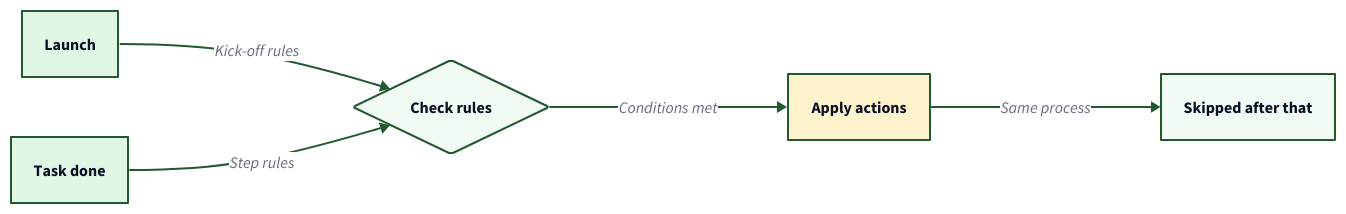
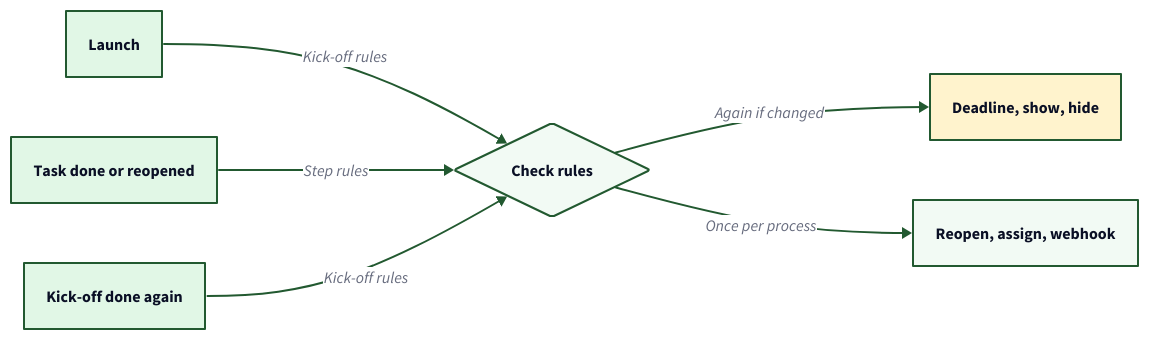
Before and after one commit to tallyfy/documentation: the diagram in src/content/docs/pro/documenting/templates/automations/when-automations-run.mdx, drawn with D2. The commit also changed other lines of this file and 25 other files, not shown here.

First line of the commit message:
Rewrite automation and deadline pages for re-apply on completion and hand-set dates

````diff
--- a/src/content/docs/pro/documenting/templates/automations/when-automations-run.mdx
+++ b/src/content/docs/pro/documenting/templates/automations/when-automations-run.mdx
@@ -48,47 +56,56 @@
 ```d2
-# The two moments Tallyfy checks an automation
+# The moments Tallyfy checks an automation
 direction: right
 
 Launch: Launch {
   shape: rectangle
   style.fill: "#e1f7e6"
   style.stroke: "#225930"
 }
 
-Done: Task done {
+Done: Task done or reopened {
+  shape: rectangle
+  style.fill: "#e1f7e6"
+  style.stroke: "#225930"
+}
+
+Kickoff: Kick-off done again {
   shape: rectangle
   style.fill: "#e1f7e6"
   style.stroke: "#225930"
 }
 
 Check: Check rules {
   shape: diamond
   style.fill: "#f2faf4"
   style.stroke: "#225930"
 }
 
-Apply: Apply actions {
+State: Deadline, show, hide {
   shape: rectangle
   style.fill: "#fff3cd"
   style.stroke: "#225930"
 }
 
-Never: Skipped after that {
+Event: Reopen, assign, webhook {
   shape: rectangle
   style.fill: "#f2faf4"
   style.stroke: "#225930"
 }
 
 Launch -> Check: Kick-off rules {
   style.stroke: "#225930"
 }
 Done -> Check: Step rules {
   style.stroke: "#225930"
 }
-Check -> Apply: Conditions met {
+Kickoff -> Check: Kick-off rules {
   style.stroke: "#225930"
 }
-Apply -> Never: Same process {
+Check -> State: Again if changed {
+  style.stroke: "#225930"
+}
+Check -> Event: Once per process {
   style.stroke: "#225930"
 }
 ```
````
